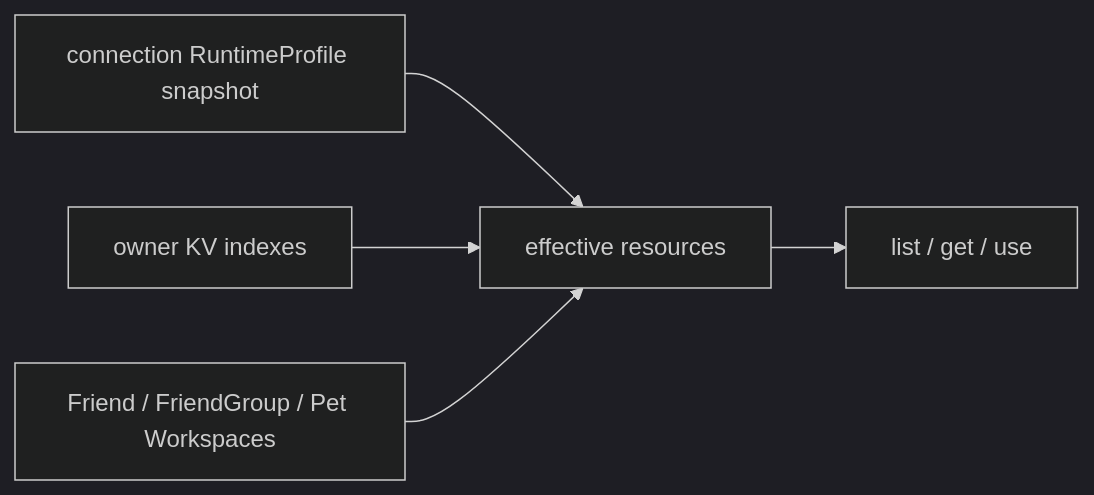
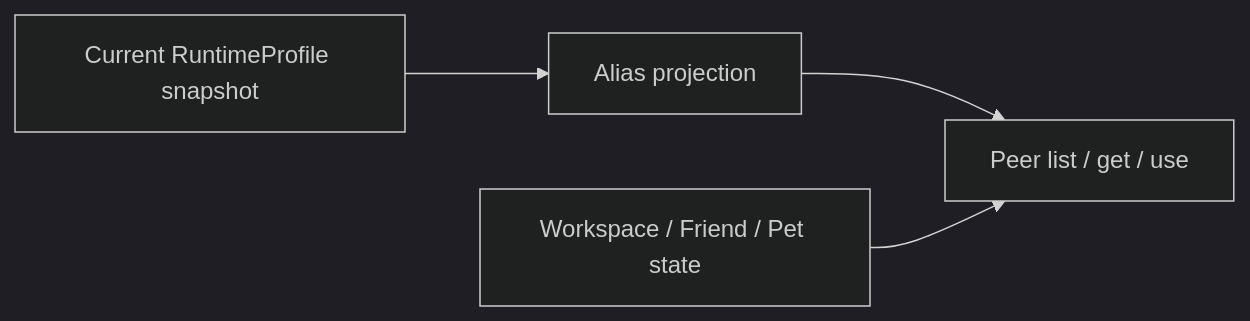
Before and after one commit to GizClaw/gizclaw: the diagram in guides/en/developing/gizclaw/services/runtime/peerresource.md, drawn with Mermaid (dark theme). The commit also changed other lines of this file and 290 other files, not shown here.

First line of the commit message:
runtime: deliver profile resources and standalone speech RPCs (#416)

````diff
--- a/guides/en/developing/gizclaw/services/runtime/peerresource.md
+++ b/guides/en/developing/gizclaw/services/runtime/peerresource.md
@@ -9,7 +7,6 @@
 ```mermaid
 flowchart LR
-    Registration["connection RuntimeProfile snapshot"] --> Effective["effective resources"]
-    Owner["owner KV indexes"] --> Effective
-    Domain["Friend / FriendGroup / Pet Workspaces"] --> Effective
-    Effective --> RPC["list / get / use"]
+    Profile["Current RuntimeProfile snapshot"] --> Alias["Alias projection"]
+    Alias --> RPC["Peer list / get / use"]
+    Domain["Workspace / Friend / Pet state"] --> RPC
 ```
````
